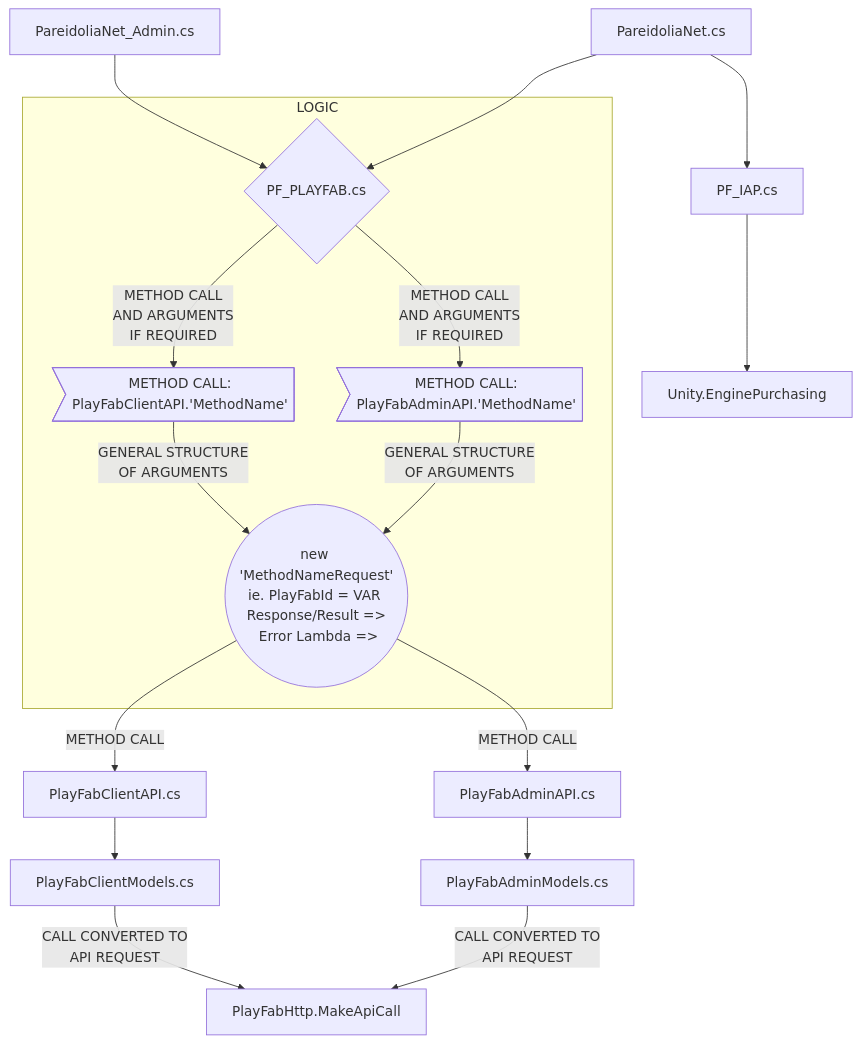
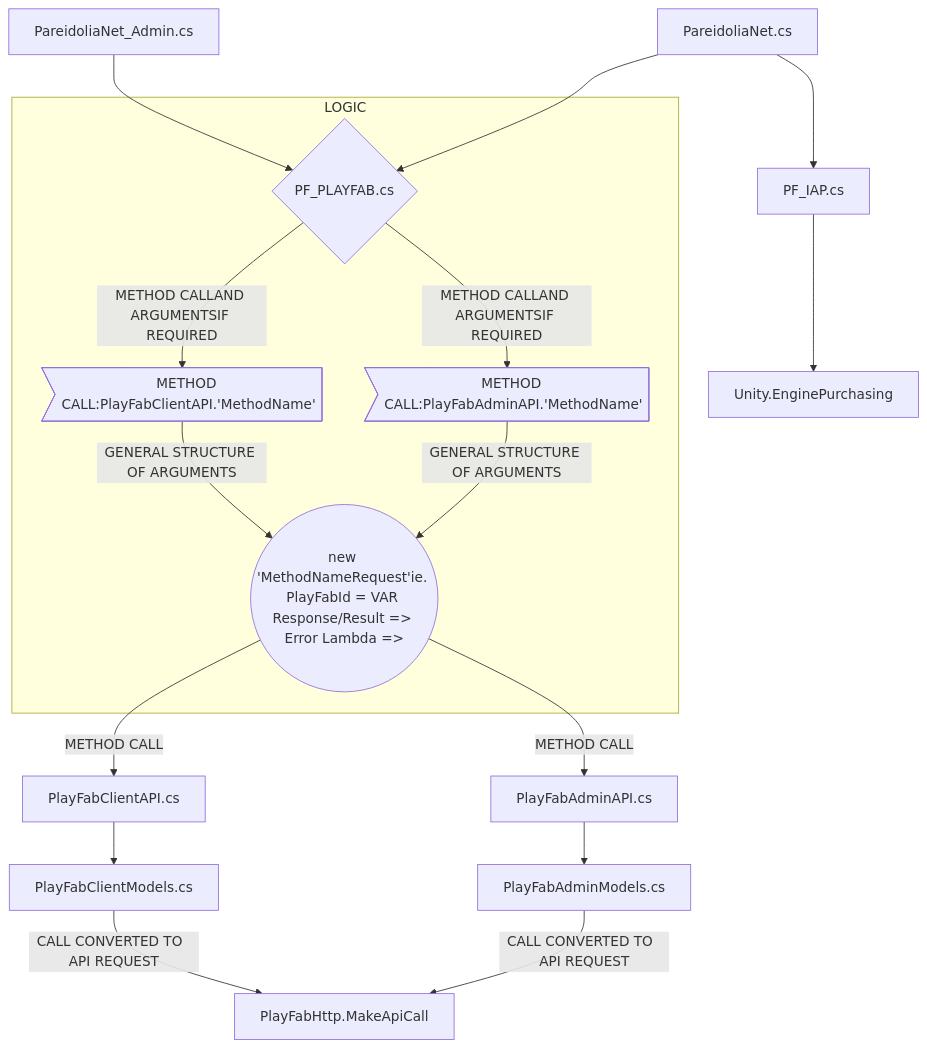
One commit to dconlrn/dconlrn.github.io changed the second of 2 diagrams in merm.md. Above: the diagram before and after it, drawn with Mermaid.

Commit message:
django dep update

```diff
--- a/merm.md
+++ b/merm.md
@@ -22,22 +22,22 @@
 <div class="mermaid"> 
 
 
 flowchart TD
     A[PareidoliaNet.cs] --> B{PF_PLAYFAB.cs};
     A --> C[PF_IAP.cs];
     D[PareidoliaNet_Admin.cs] --> B;
     subgraph O[LOGIC];
-    B --> |METHOD CALL<br>AND ARGUMENTS<br>IF REQUIRED| J>METHOD CALL:<br>PlayFabAdminAPI.'MethodName'];
-    J -->|GENERAL STRUCTURE<br> OF ARGUMENTS| L((new 'MethodNameRequest'<br>ie. PlayFabId = VAR <br>Response/Result =><br> Error Lambda =>));
-    B --> |METHOD CALL<br>AND ARGUMENTS<br>IF REQUIRED| K>METHOD CALL:<br>PlayFabClientAPI.'MethodName'];
-    K --> |GENERAL STRUCTURE<br> OF ARGUMENTS| L;
+    B --> |METHOD CALLAND ARGUMENTSIF REQUIRED| J>METHOD CALL:PlayFabAdminAPI.'MethodName'];
+    J -->|GENERAL STRUCTURE OF ARGUMENTS| L((new 'MethodNameRequest'ie. PlayFabId = VAR Response/Result => Error Lambda =>));
+    B --> |METHOD CALLAND ARGUMENTSIF REQUIRED| K>METHOD CALL:PlayFabClientAPI.'MethodName'];
+    K --> |GENERAL STRUCTURE OF ARGUMENTS| L;
     end;
     L --> |METHOD CALL| E[PlayFabAdminAPI.cs];
     L --> |METHOD CALL| F[PlayFabClientAPI.cs];
     E[PlayFabAdminAPI.cs] -->  G[PlayFabAdminModels.cs];
     F[PlayFabClientAPI.cs] --> H[PlayFabClientModels.cs];
-    G --> |CALL CONVERTED TO <br> API REQUEST| g[PlayFabHttp.MakeApiCall];
-    H --> |CALL CONVERTED TO <br> API REQUEST| g;
+    G --> |CALL CONVERTED TO  API REQUEST| g[PlayFabHttp.MakeApiCall];
+    H --> |CALL CONVERTED TO  API REQUEST| g;
     C[PF_IAP.cs] --> I[Unity.EnginePurchasing];
 
 </div> 
```
